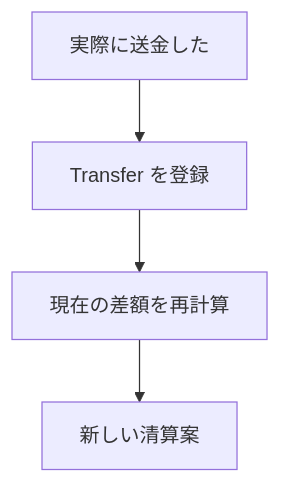
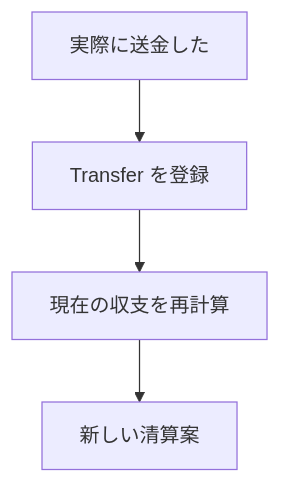
One commit to adelppi/mmkn changed the second of 2 diagrams in docs/domain/settlement.md. Above: the diagram before and after it, drawn with Mermaid. The commit also changed other lines of this file and 16 other files, not shown here.

````diff
--- a/docs/domain/settlement.md
+++ b/docs/domain/settlement.md
@@ -86,6 +86,6 @@
 ```mermaid
 flowchart TD
     A[実際に送金した] --> B[Transfer を登録]
-    B --> C[現在の差額を再計算]
+    B --> C[現在の収支を再計算]
     C --> D[新しい清算案]
 ```
````
